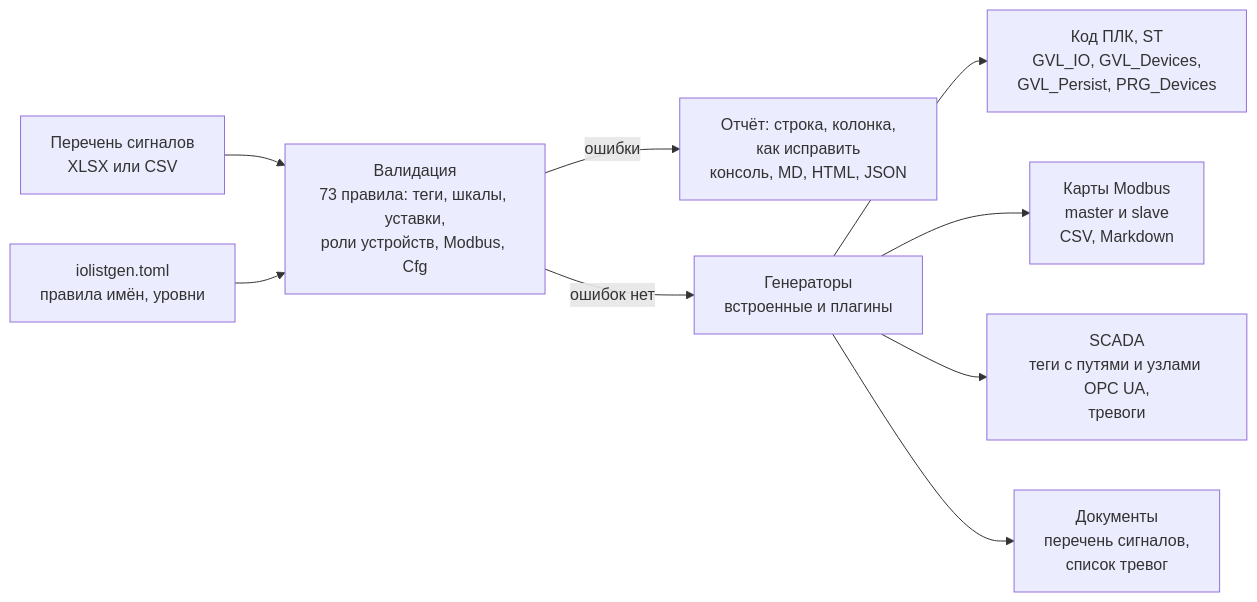
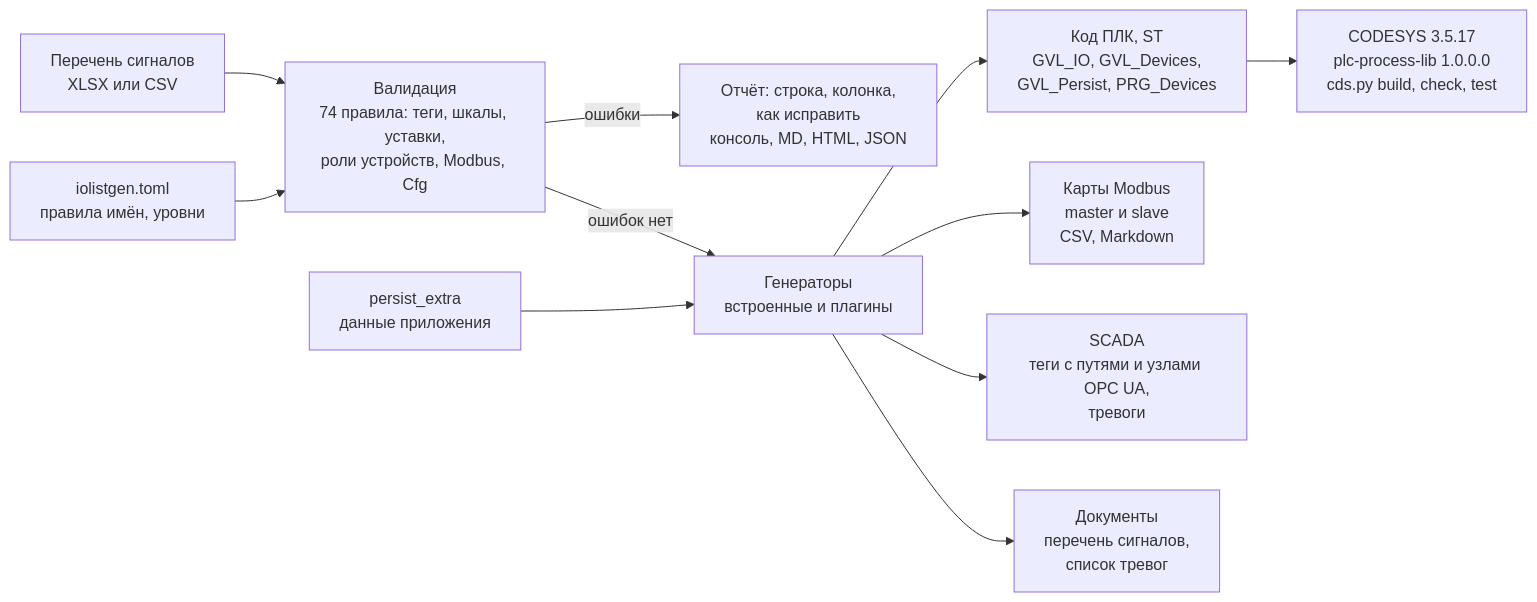
One commit to kr0nsch/iolistgen changed the diagram in README.md. Above: the diagram before and after it, drawn with Mermaid. The commit also changed other lines of this file and 9 other files, not shown here.

First line of the commit message:
docs: библиотека 1.0.0, тип Pid, persist_extra, сборка в CODESYS, CHANGELOG 0.2.0

````diff
--- a/README.md
+++ b/README.md
@@ -32,11 +34,13 @@
 ```mermaid
 flowchart LR
-    list["Перечень сигналов<br/>XLSX или CSV"] --> check["Валидация<br/>73 правила: теги, шкалы, уставки,<br/>роли устройств, Modbus, Cfg"]
+    list["Перечень сигналов<br/>XLSX или CSV"] --> check["Валидация<br/>74 правила: теги, шкалы, уставки,<br/>роли устройств, Modbus, Cfg"]
     cfg["iolistgen.toml<br/>правила имён, уровни"] --> check
     check -- "ошибки" --> report["Отчёт: строка, колонка,<br/>как исправить<br/>консоль, MD, HTML, JSON"]
     check -- "ошибок нет" --> gens["Генераторы<br/>встроенные и плагины"]
     gens --> st["Код ПЛК, ST<br/>GVL_IO, GVL_Devices,<br/>GVL_Persist, PRG_Devices"]
+    st --> cds["CODESYS 3.5.17<br/>plc-process-lib 1.0.0.0<br/>cds.py build, check, test"]
+    extra["persist_extra<br/>данные приложения"] --> gens
     gens --> maps["Карты Modbus<br/>master и slave<br/>CSV, Markdown"]
     gens --> scada["SCADA<br/>теги с путями и узлами OPC UA,<br/>тревоги"]
     gens --> docs["Документы<br/>перечень сигналов,<br/>список тревог"]
 ```
````
